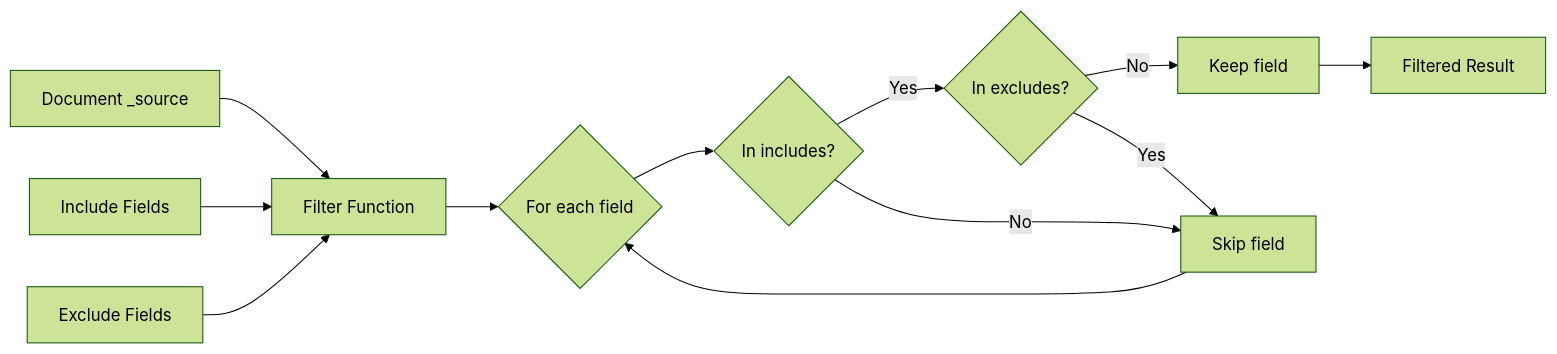
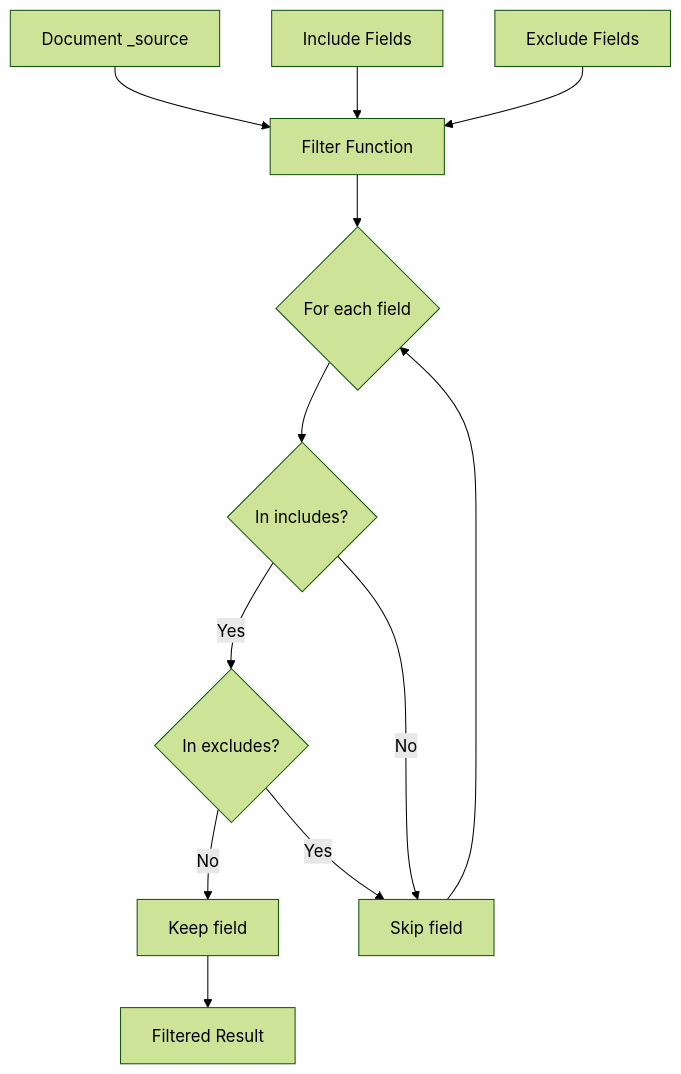
One commit to tkykenmt/opensearch-feature-explorer changed the second of 2 diagrams in docs/features/opensearch/source-field-matching.md. Above: the diagram before and after it, drawn with Mermaid (forest theme). The commit also changed 52 other files, not shown here.

Commit message:
fix: change Mermaid diagrams from LR to TB for better readability

````diff
--- a/docs/features/opensearch/source-field-matching.md
+++ b/docs/features/opensearch/source-field-matching.md
@@ -38,14 +38,14 @@
 ```mermaid
-flowchart LR
+flowchart TB
     A[Document _source] --> B[Filter Function]
     C[Include Fields] --> B
     D[Exclude Fields] --> B
     B --> E{For each field}
     E --> F{In includes?}
     F -->|Yes| G{In excludes?}
     F -->|No| H[Skip field]
     G -->|No| I[Keep field]
     G -->|Yes| H
     I --> J[Filtered Result]
     H --> E
 ```
````
